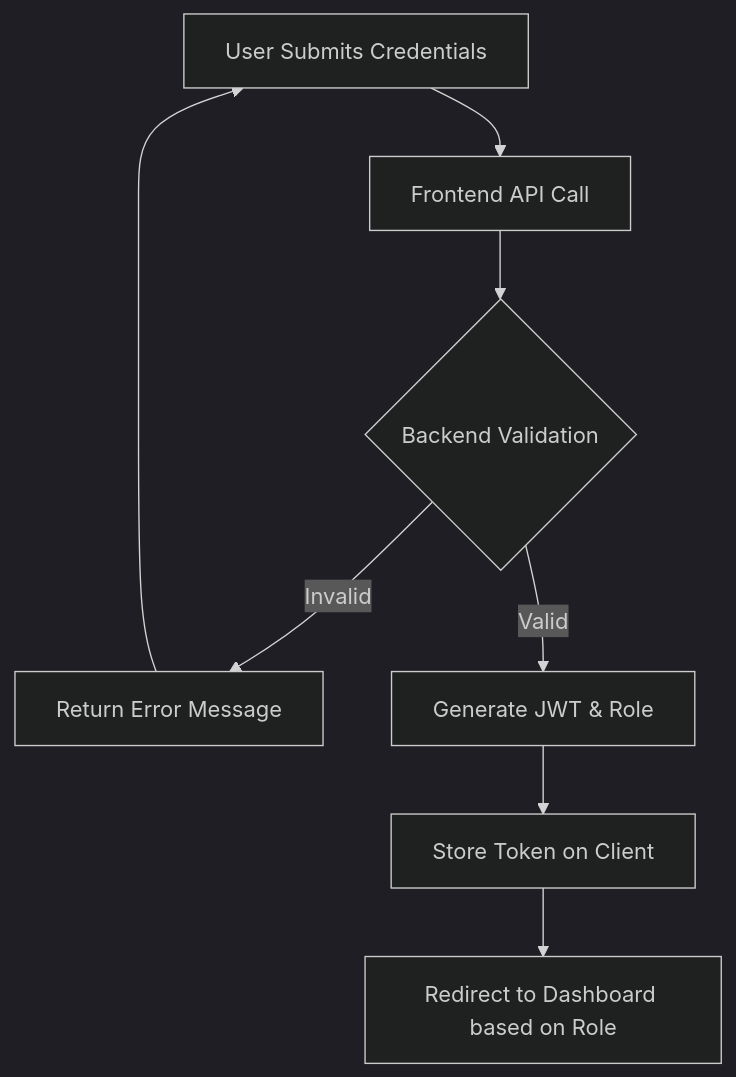
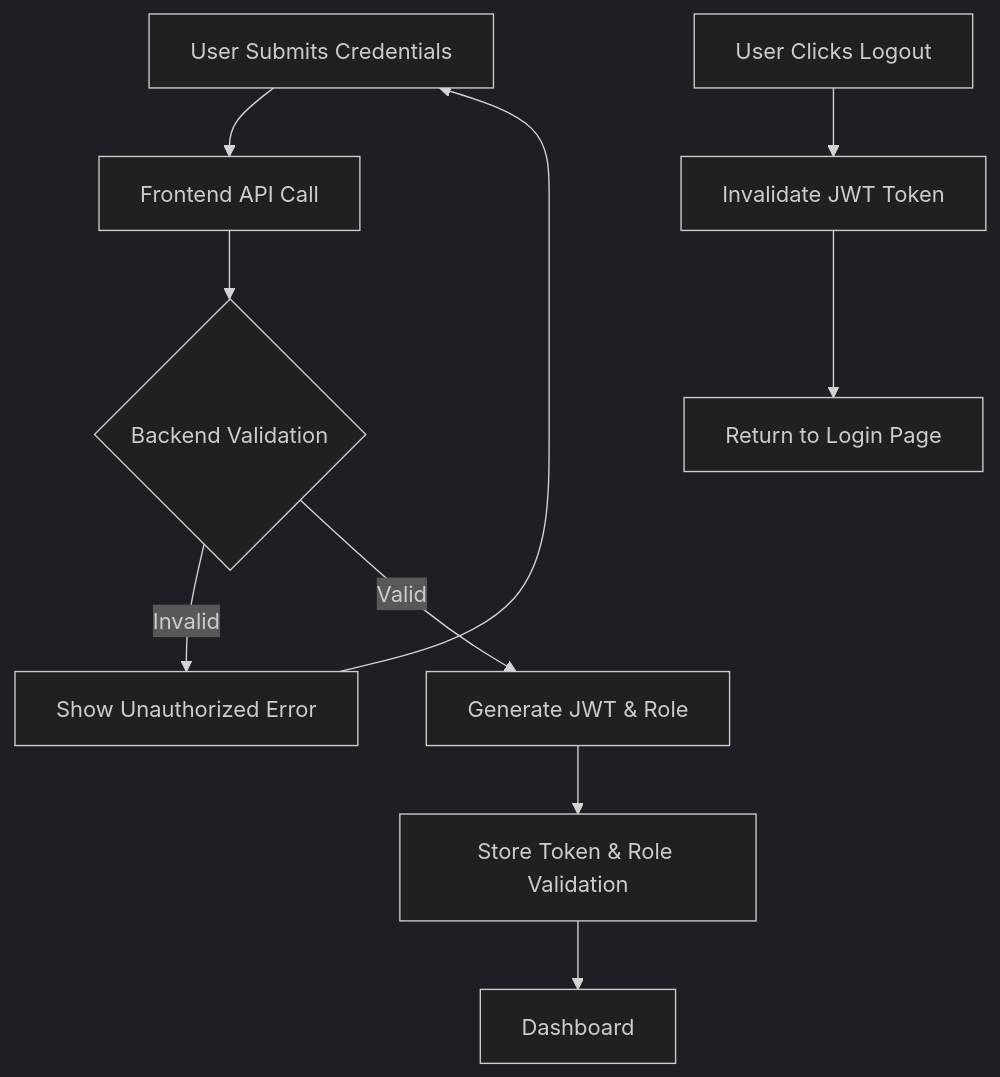
The first of 10 diagrams in docs/04_Workflow_Planning.md (KMohammedsadiq/Dynamic-Pricing-Optimization-and-Revenue-Intelligence-Platform-K_Mohammad_Sadik), drawn with Mermaid (dark theme) before and after one commit. The commit also changed other lines of this file, not shown here.

````diff
--- a/docs/04_Workflow_Planning.md
+++ b/docs/04_Workflow_Planning.md
@@ -21,10 +26,13 @@
 ```mermaid
 flowchart TD
     A[User Submits Credentials] --> B[Frontend API Call]
     B --> C{Backend Validation}
-    C -->|Invalid| D[Return Error Message]
+    C -->|Invalid| D[Show Unauthorized Error]
     D --> A
     C -->|Valid| E[Generate JWT & Role]
-    E --> F[Store Token on Client]
-    F --> G[Redirect to Dashboard based on Role]
+    E --> F[Store Token & Role Validation]
+    F --> G[Dashboard]
+    
+    H[User Clicks Logout] --> I[Invalidate JWT Token]
+    I --> J[Return to Login Page]
 ```
````
